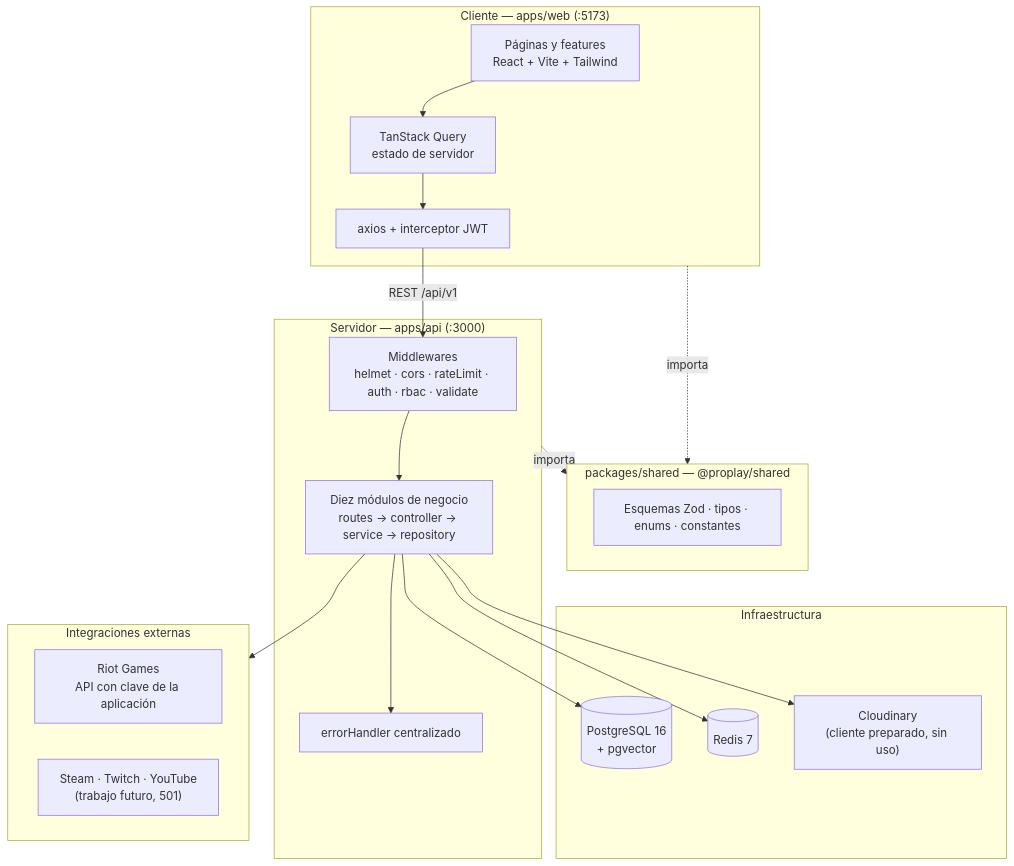
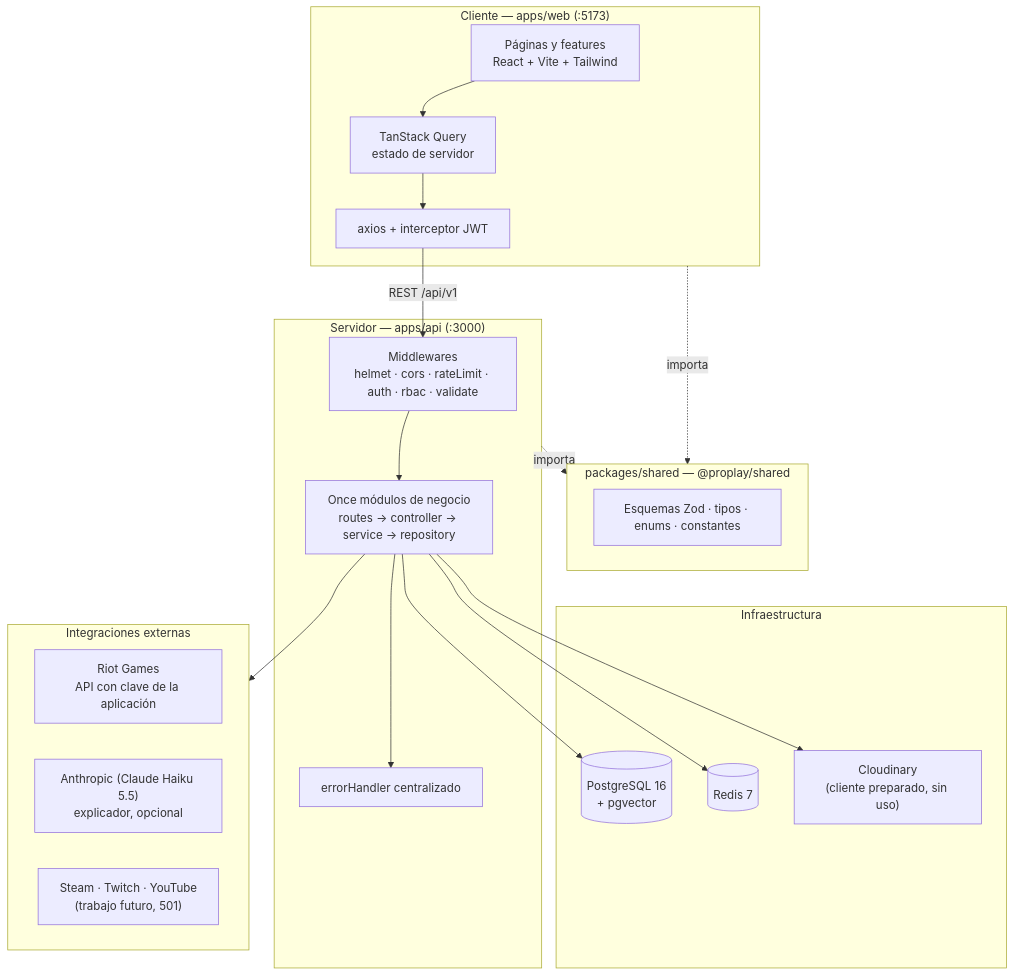
One commit to DavidFGP07/ProPlay changed the first of 7 diagrams in docs/arquitectura.md. Above: the diagram before and after it, drawn with Mermaid. The commit also changed other lines of this file and 6 other files, not shown here.

````diff
--- a/docs/arquitectura.md
+++ b/docs/arquitectura.md
@@ -10,39 +10,40 @@
 ```mermaid
 flowchart TB
     subgraph Cliente["Cliente — apps/web (:5173)"]
         UI["Páginas y features<br/>React + Vite + Tailwind"]
         RQ["TanStack Query<br/>estado de servidor"]
         AX["axios + interceptor JWT"]
         UI --> RQ --> AX
     end
 
     subgraph Contrato["packages/shared — @proplay/shared"]
         SH["Esquemas Zod · tipos · enums · constantes"]
     end
 
     subgraph Servidor["Servidor — apps/api (:3000)"]
         MW["Middlewares<br/>helmet · cors · rateLimit · auth · rbac · validate"]
-        MOD["Diez módulos de negocio<br/>routes → controller → service → repository"]
+        MOD["Once módulos de negocio<br/>routes → controller → service → repository"]
         ERR["errorHandler centralizado"]
         MW --> MOD --> ERR
     end
 
     subgraph Datos["Infraestructura"]
         PG[("PostgreSQL 16<br/>+ pgvector")]
         RD[("Redis 7")]
         CL["Cloudinary<br/>(cliente preparado, sin uso)"]
     end
 
     subgraph Externas["Integraciones externas"]
         RIOT["Riot Games<br/>API con clave de la aplicación"]
+        LLM["Anthropic (Claude Haiku 5.5)<br/>explicador, opcional"]
         OTRAS["Steam · Twitch · YouTube<br/>(trabajo futuro, 501)"]
     end
 
     AX -- "REST /api/v1" --> MW
     Cliente -.importa.-> Contrato
     Servidor -.importa.-> Contrato
     MOD --> PG
     MOD --> RD
     MOD --> CL
     MOD --> Externas
 ```
````
